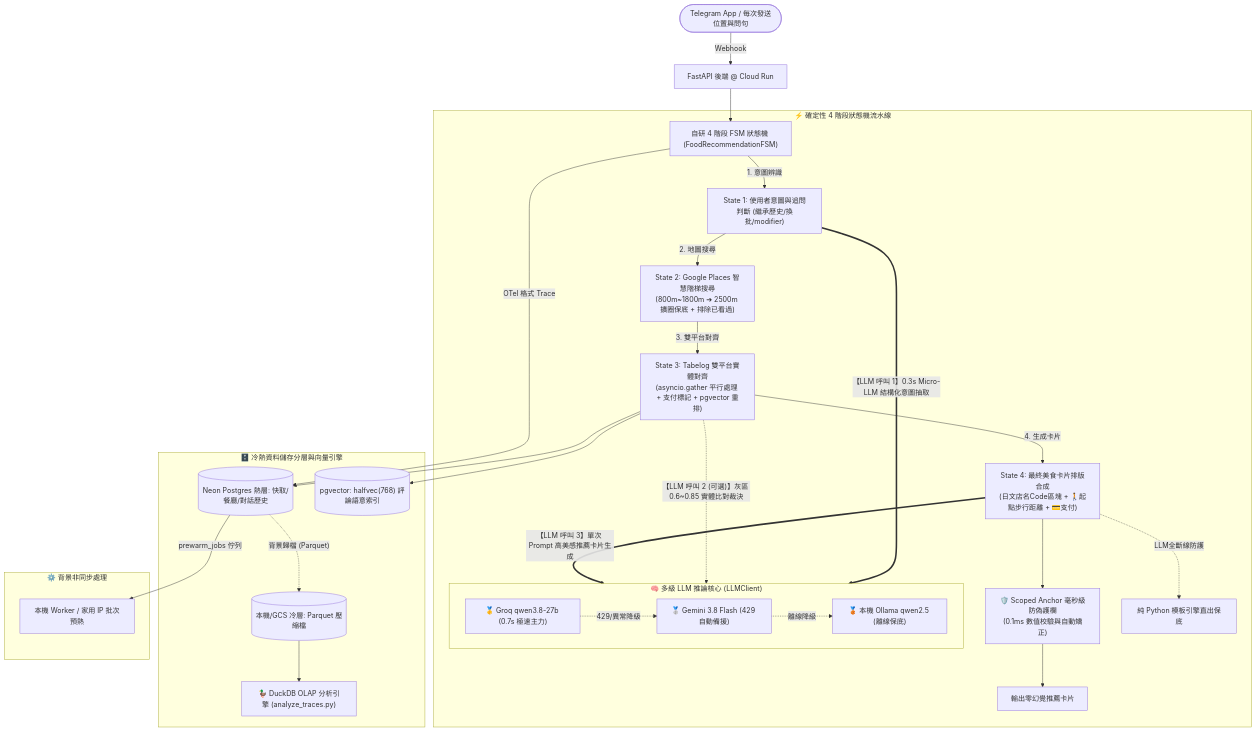
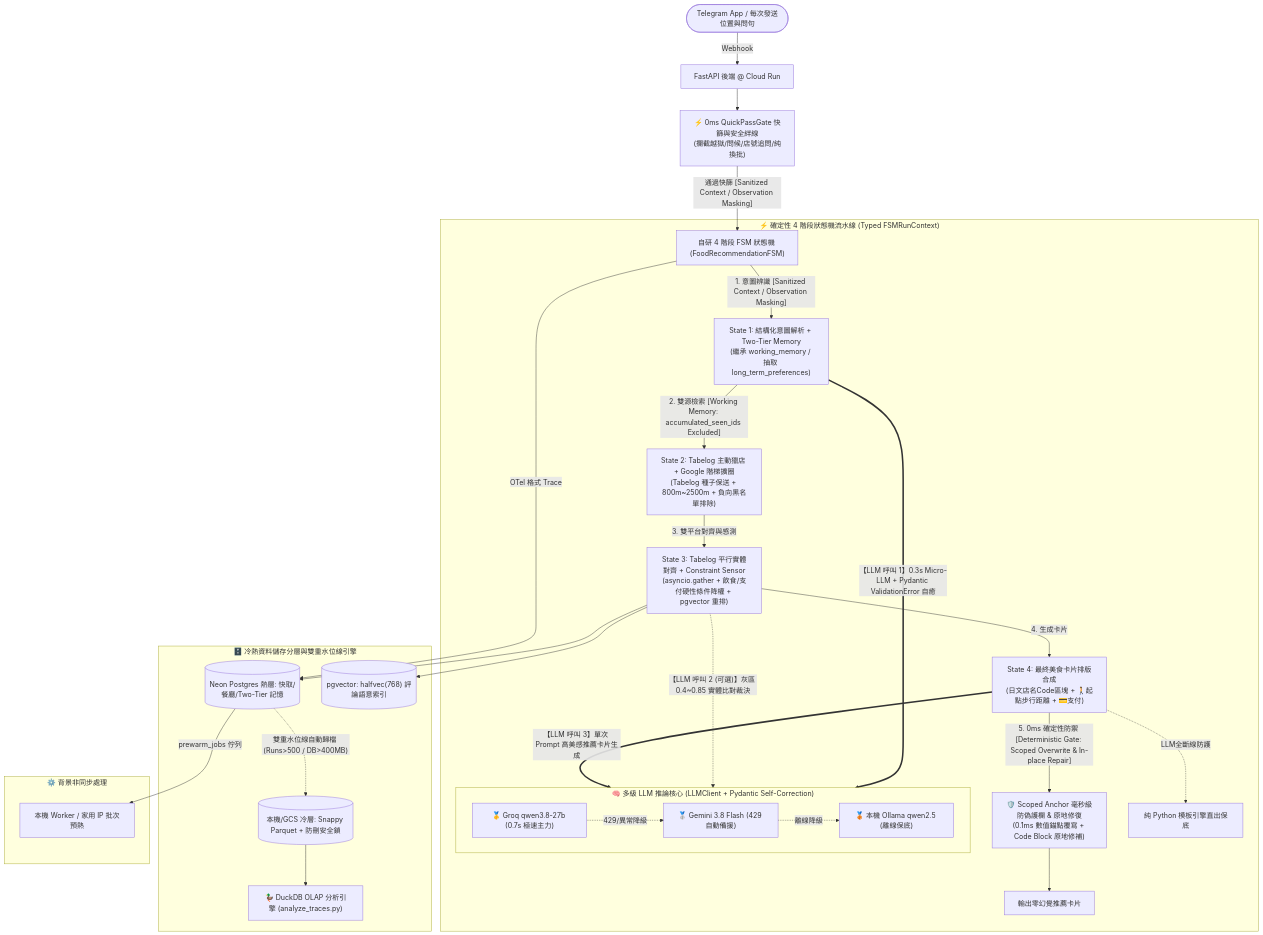
One commit to AnnieeLiuu/pickforme changed the diagram in README.md. Above: the diagram before and after it, drawn with Mermaid. The commit also changed other lines of this file and 1 other file, not shown here.

Commit message:
docs(readme): highlight Agent Harness edge labels in architecture diagrams

````diff
--- a/README.md
+++ b/README.md
@@ -53,40 +53,41 @@
 ```mermaid
 graph TD
     User(["Telegram App / 每次發送位置與問句"]) -->|Webhook| Server["FastAPI 後端 @ Cloud Run"]
-    Server --> FSM["自研 4 階段 FSM 狀態機 (FoodRecommendationFSM)"]
+    Server --> Gate["⚡ 0ms QuickPassGate 快篩與安全絆線<br/>(攔截越獄/問候/店號追問/純換批)"]
+    Gate -->|"通過快篩 [Sanitized Context / Observation Masking]"| FSM["自研 4 階段 FSM 狀態機 (FoodRecommendationFSM)"]
     
-    subgraph MultiTierLLM ["🧠 多級 LLM 推論核心 (LLMClient)"]
+    subgraph MultiTierLLM ["🧠 多級 LLM 推論核心 (LLMClient + Pydantic Self-Correction)"]
         Groq["🥇 Groq qwen3.8-27b (0.7s 極速主力)"]
         Gemini["🥈 Gemini 3.8 Flash (429 自動備援)"]
         Ollama["🥉 本機 Ollama qwen2.5 (離線保底)"]
         Groq -.->|429/異常降級| Gemini
         Gemini -.->|離線降級| Ollama
     end
 
-    subgraph DeterministicPipeline ["⚡ 確定性 4 階段狀態機流水線"]
-        FSM -->|1. 意圖辨識| S1["State 1: 使用者意圖與追問判斷 (繼承歷史/換批/modifier)"]
-        S1 -->|2. 地圖搜尋| S2["State 2: Google Places 智慧階梯搜尋<br/>(800m~1800m ➔ 2500m 擴圈保底 + 排除已看過)"]
-        S2 -->|3. 雙平台對齊| S3["State 3: Tabelog 雙平台實體對齊<br/>(asyncio.gather 平行處理 + 支付標記 + pgvector 重排)"]
-        S3 -->|4. 生成卡片| S4["State 4: 最終美食卡片排版合成<br/>(日文店名Code區塊 + 🚶起點步行距離 + 💳支付)"]
+    subgraph DeterministicPipeline ["⚡ 確定性 4 階段狀態機流水線 (Typed FSMRunContext)"]
+        FSM -->|"1. 意圖辨識 [Sanitized Context / Observation Masking]"| S1["State 1: 結構化意圖解析 + Two-Tier Memory<br/>(繼承 working_memory / 抽取 long_term_preferences)"]
+        S1 -->|"2. 雙源檢索 [Working Memory: accumulated_seen_ids Excluded]"| S2["State 2: Tabelog 主動獵店 + Google 階梯擴圈<br/>(Tabelog 種子保送 + 800m~2500m + 負向黑名單排除)"]
+        S2 -->|"3. 雙平台對齊與感測"| S3["State 3: Tabelog 平行實體對齊 + Constraint Sensor<br/>(asyncio.gather + 飲食/支付硬性條件降權 + pgvector 重排)"]
+        S3 -->|"4. 生成卡片"| S4["State 4: 最終美食卡片排版合成<br/>(日文店名Code區塊 + 🚶起點步行距離 + 💳支付)"]
         
-        S1 ==>|"【LLM 呼叫 1】0.3s Micro-LLM 結構化意圖抽取"| MultiTierLLM
-        S3 -.->|"【LLM 呼叫 2 (可選)】灰區 0.6~0.85 實體比對裁決"| MultiTierLLM
+        S1 ==>|"【LLM 呼叫 1】0.3s Micro-LLM + Pydantic ValidationError 自癒"| MultiTierLLM
+        S3 -.->|"【LLM 呼叫 2 (可選)】灰區 0.4~0.85 實體比對裁決"| MultiTierLLM
         S4 ==>|"【LLM 呼叫 3】單次 Prompt 高美感推薦卡片生成"| MultiTierLLM
         
-        S4 --> Guardrail["🛡️ Scoped Anchor 毫秒級防偽護欄<br/>(0.1ms 數值校驗與自動矯正)"]
+        S4 -->|"5. 0ms 確定性防禦 [Deterministic Gate: Scoped Overwrite & In-place Repair]"| Guardrail["🛡️ Scoped Anchor 毫秒級防偽護欄 & 原地修復<br/>(0.1ms 數值錨點覆寫 + Code Block 原地修補)"]
         Guardrail --> OutputCard["輸出零幻覺推薦卡片"]
         S4 -.->|LLM全斷線防護| Fallback["純 Python 模板引擎直出保底"]
     end
     
-    subgraph StorageTiering ["🗄️ 冷熱資料儲存分層與向量引擎"]
-        S3 --> HotDB[("Neon Postgres 熱層: 快取/餐廳/對話歷史")]
+    subgraph StorageTiering ["🗄️ 冷熱資料儲存分層與雙重水位線引擎"]
+        S3 --> HotDB[("Neon Postgres 熱層: 快取/餐廳/Two-Tier 記憶")]
         S3 --> VectorDB[("pgvector: halfvec(768) 評論語意索引")]
         FSM -->|OTel 格式 Trace| HotDB
-        HotDB -.->|"背景歸檔 (Parquet)"| ColdStorage[("本機/GCS 冷層: Parquet 壓縮檔")]
+        HotDB -.->|"雙重水位線自動歸檔 (Runs>500 / DB>400MB)"| ColdStorage[("本機/GCS 冷層: Snappy Parquet + 防刪安全鎖")]
         ColdStorage --> DuckDBEngine["🦆 DuckDB OLAP 分析引擎 (analyze_traces.py)"]
     end
 
     subgraph AsyncWorker ["⚙️ 背景非同步處理"]
         HotDB -->|prewarm_jobs 佇列| LocalWorker["本機 Worker / 家用 IP 批次預熱"]
     end
 ```
````
